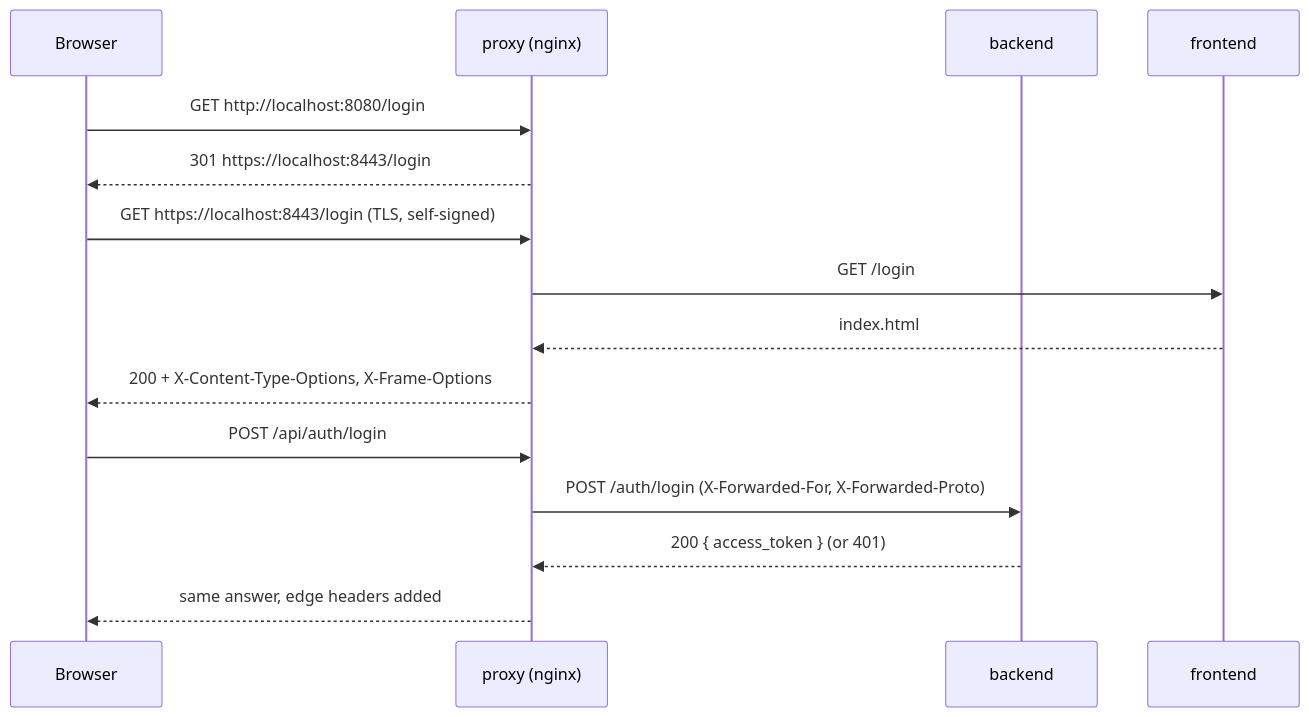
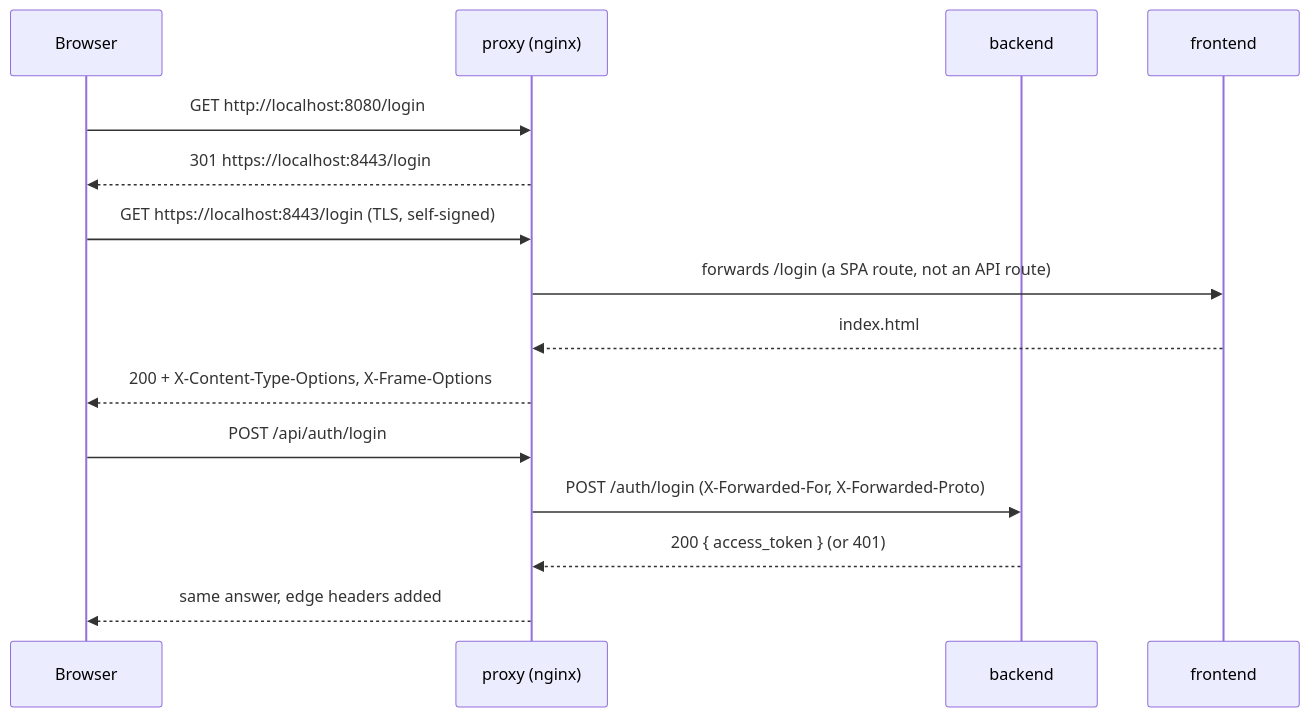
Before and after one commit to kidp8479/42_hypertube: the second of 2 diagrams in docs/diagrams/network.md, drawn with Mermaid.

Commit message:
docs(HYP-71): do not cite a SPA route as an API route in the network diagram

````diff
--- a/docs/diagrams/network.md
+++ b/docs/diagrams/network.md
@@ -51,17 +51,17 @@
 ```mermaid
 sequenceDiagram
     participant B as Browser
     participant P as proxy (nginx)
     participant A as backend
     participant F as frontend
     B->>P: GET http://localhost:8080/login
     P-->>B: 301 https://localhost:8443/login
     B->>P: GET https://localhost:8443/login (TLS, self-signed)
-    P->>F: GET /login
+    P->>F: forwards /login (a SPA route, not an API route)
     F-->>P: index.html
     P-->>B: 200 + X-Content-Type-Options, X-Frame-Options
     B->>P: POST /api/auth/login
     P->>A: POST /auth/login (X-Forwarded-For, X-Forwarded-Proto)
     A-->>P: 200 { access_token } (or 401)
     P-->>B: same answer, edge headers added
 ```
````
